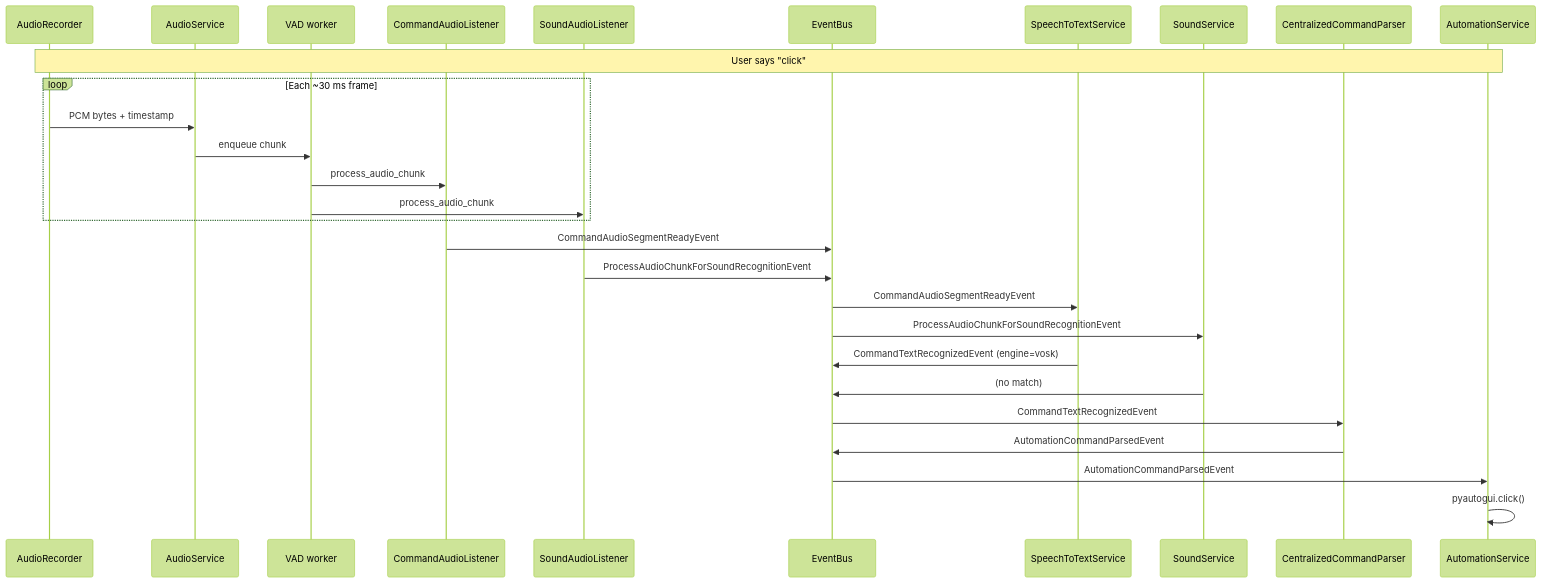
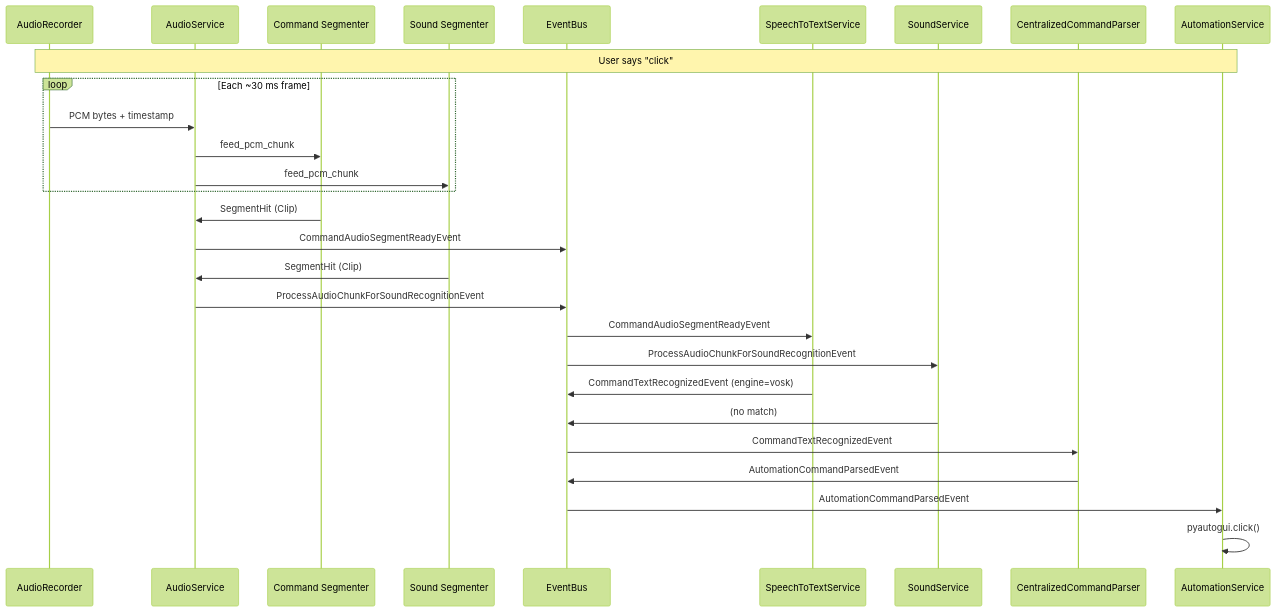
The second of 2 diagrams in docs/developer/introduction.rst (rick12000/vocalance), drawn with Mermaid (forest theme) before and after one commit. The commit also changed other lines of this file and 7 other files, not shown here.

```diff
--- a/docs/developer/introduction.rst
+++ b/docs/developer/introduction.rst
@@ -151,37 +150,37 @@
 .. mermaid::
 
    sequenceDiagram
        participant Recorder as AudioRecorder
        participant AS as AudioService
-       participant VAD as VAD worker
-       participant CmdListener as CommandAudioListener
-       participant SoundListener as SoundAudioListener
+       participant CmdSeg as Command Segmenter
+       participant SoundSeg as Sound Segmenter
        participant Bus as EventBus
        participant STT as SpeechToTextService
        participant SoundSvc as SoundService
        participant Parser as CentralizedCommandParser
        participant Automation as AutomationService
 
        Note over Recorder,Automation: User says "click"
 
        loop Each ~30 ms frame
            Recorder->>AS: PCM bytes + timestamp
-           AS->>VAD: enqueue chunk
-           VAD->>CmdListener: process_audio_chunk
-           VAD->>SoundListener: process_audio_chunk
+           AS->>CmdSeg: feed_pcm_chunk
+           AS->>SoundSeg: feed_pcm_chunk
        end
 
-       CmdListener->>Bus: CommandAudioSegmentReadyEvent
-       SoundListener->>Bus: ProcessAudioChunkForSoundRecognitionEvent
+       CmdSeg->>AS: SegmentHit (Clip)
+       AS->>Bus: CommandAudioSegmentReadyEvent
+       SoundSeg->>AS: SegmentHit (Clip)
+       AS->>Bus: ProcessAudioChunkForSoundRecognitionEvent
 
        Bus->>STT: CommandAudioSegmentReadyEvent
        Bus->>SoundSvc: ProcessAudioChunkForSoundRecognitionEvent
 
        STT->>Bus: CommandTextRecognizedEvent (engine=vosk)
        SoundSvc->>Bus: (no match)
 
        Bus->>Parser: CommandTextRecognizedEvent
        Parser->>Bus: AutomationCommandParsedEvent
 
        Bus->>Automation: AutomationCommandParsedEvent
        Automation->>Automation: pyautogui.click()
```
